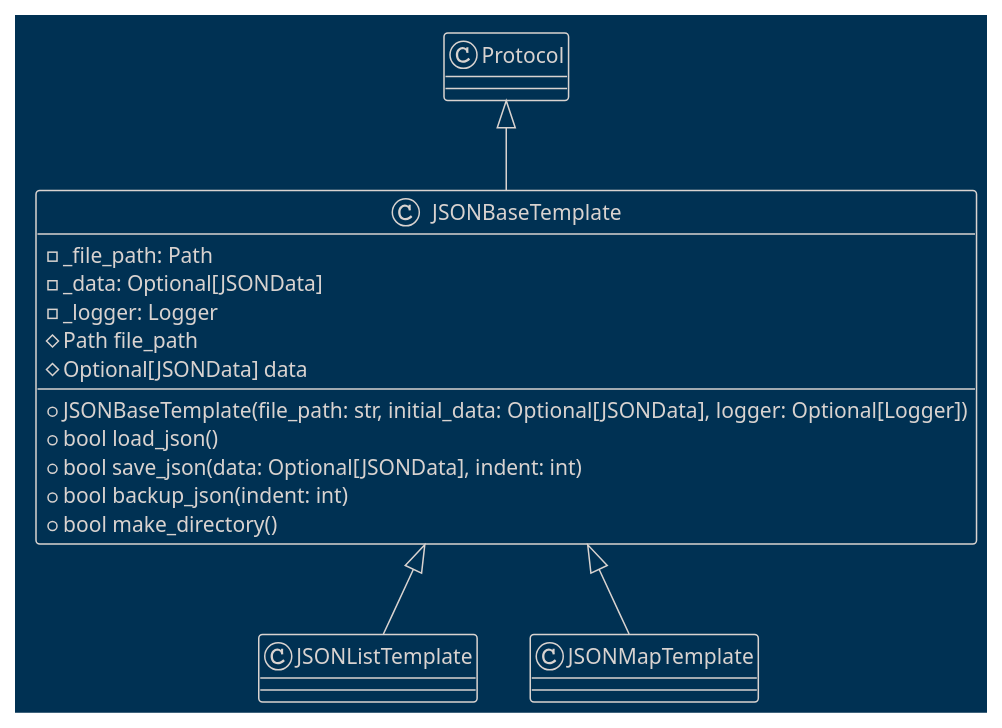
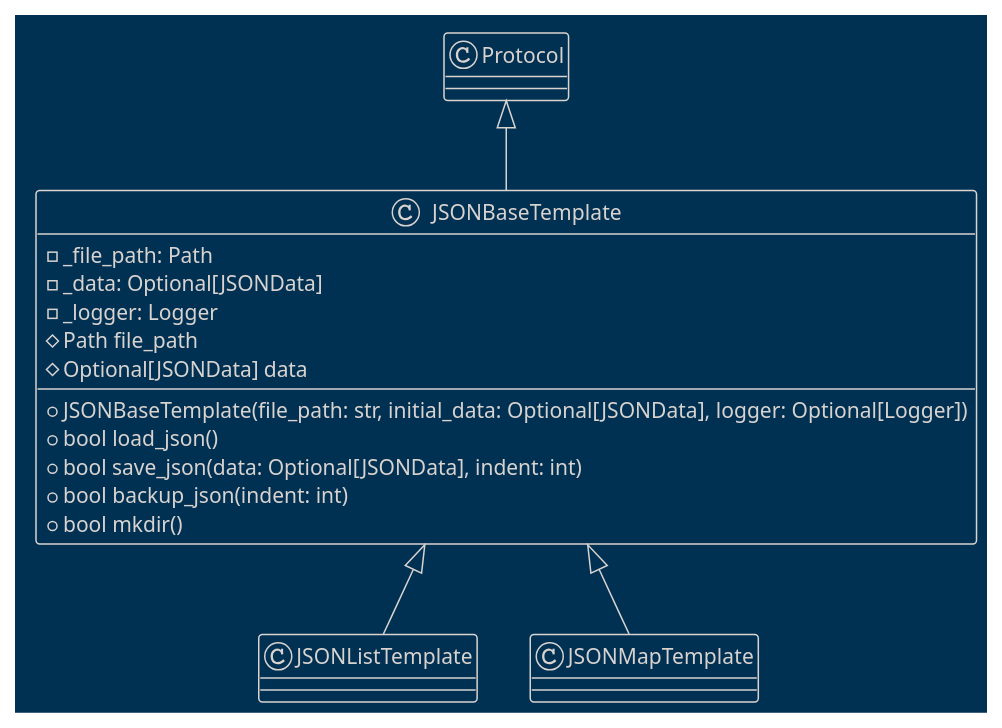
Before and after one commit to teleprint-me/json-py-craft: the diagram in docs/puml/json/JSONBaseTemplate.puml, drawn with PlantUML. The commit also changed 3 other files, not shown here.

Commit message:
jsonpycraft(refactor): Rename from make_directory to mkdir for consistency and familiarity

```diff
--- a/docs/puml/json/JSONBaseTemplate.puml
+++ b/docs/puml/json/JSONBaseTemplate.puml
@@ -1,31 +1,31 @@
 @startuml JSONBaseTemplate
 !theme blueprint
 
 ' docs/puml/json/JSONBaseTemplate.puml
 
 class JSONBaseTemplate extends Protocol {
     ' A base template class for working with JSON files.
     ' JSONMap = Dict[str, Any]
     ' JSONList = List[JSONMap]
     ' JSONData = Union[JSONMap, JSONList]
     - _file_path: Path
     - _data: Optional[JSONData]
     - _logger: Logger
     + JSONBaseTemplate(file_path: str, initial_data: Optional[JSONData], logger: Optional[Logger])
     ' Get the path to the JSON file.
     # Path file_path
     ' Load JSON data from the file into the _data attribute.
     # Optional[JSONData] data
     ' Save JSON data to the file. Returns True if successful, False otherwise.
     + bool load_json()
     ' Create a backup of the JSON file. Returns True if successful, False otherwise.
     + bool save_json(data: Optional[JSONData], indent: int)
     ' Create a backup of the JSON file. Returns True if successful, False otherwise.
     + bool backup_json(indent: int)
     ' Create the directory for the JSON file. Returns True if successful, False otherwise.
-    + bool make_directory()
+    + bool mkdir()
 }
 
 JSONBaseTemplate <|-- JSONListTemplate
 JSONBaseTemplate <|-- JSONMapTemplate
 @enduml
```
